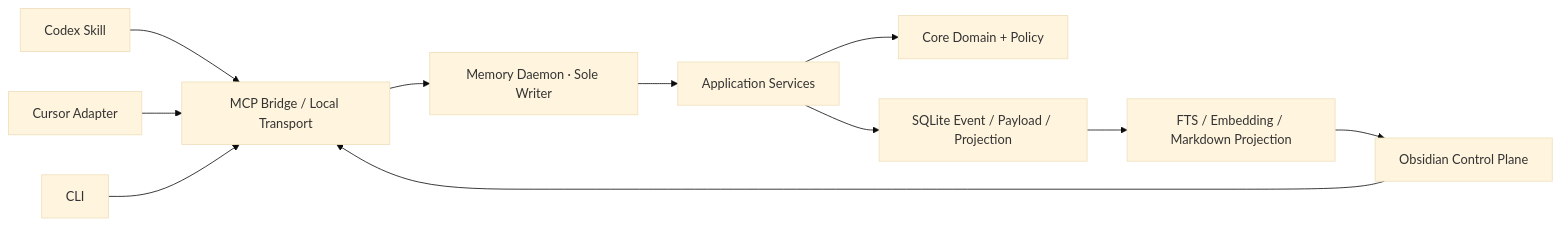
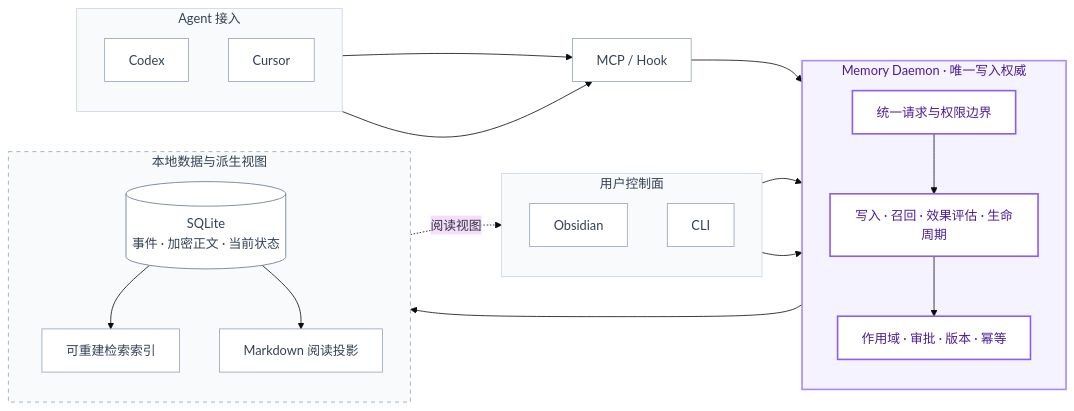
One commit to changsheng1224/agent-projects changed the third of 3 diagrams in memcontrol/README.md. Above: the diagram before and after it, drawn with Mermaid (base theme). The commit also changed other lines of this file, not shown here.

Commit message:
docs: update MemControl showcase and design diagrams

````diff
--- a/memcontrol/README.md
+++ b/memcontrol/README.md
@@ -66,13 +115,53 @@
 ```mermaid
 flowchart LR
-  CODEX["Codex Skill"] --> BRIDGE["MCP Bridge / Local Transport"]
-  CURSOR["Cursor Adapter"] --> BRIDGE
-  OBSIDIAN["Obsidian Control Plane"] --> BRIDGE
-  CLI["CLI"] --> BRIDGE
-  BRIDGE --> DAEMON["Memory Daemon · Sole Writer"]
-  DAEMON --> APP["Application Services"]
-  APP --> CORE["Core Domain + Policy"]
-  APP --> STORE["SQLite Event / Payload / Projection"]
-  STORE --> VIEW["FTS / Embedding / Markdown Projection"]
-  VIEW --> OBSIDIAN
+  subgraph AGENTS["Agent 接入"]
+    direction TB
+    CODEX["Codex"]
+    CURSOR["Cursor"]
+  end
+
+  BRIDGE["MCP / Hook"]
+  CODEX --> BRIDGE
+  CURSOR --> BRIDGE
+
+  subgraph CONTROL["用户控制面"]
+    direction TB
+    OBS["Obsidian"]
+    CLI["CLI"]
+  end
+
+  subgraph DAEMON["Memory Daemon · 唯一写入权威"]
+    direction TB
+    RPC["统一请求与权限边界"]
+    APP["写入 · 召回 · 效果评估 · 生命周期"]
+    POLICY["作用域 · 审批 · 版本 · 幂等"]
+    RPC --> APP
+    APP --> POLICY
+  end
+
+  subgraph DATA["本地数据与派生视图"]
+    direction TB
+    DB[("SQLite<br/>事件 · 加密正文 · 当前状态")]
+    INDEX["可重建检索索引"]
+    VIEW["Markdown 阅读投影"]
+    DB --> INDEX
+    DB --> VIEW
+  end
+
+  BRIDGE --> RPC
+  OBS --> RPC
+  CLI --> RPC
+  APP --> DB
+  VIEW -.->|阅读视图| OBS
+
+  classDef module fill:#FFFFFF,stroke:#94A3B8,color:#334155
+  classDef authority fill:#FFFFFF,stroke:#8B5CF6,stroke-width:2px,color:#4C1D95
+  classDef storage fill:#FFFFFF,stroke:#64748B,color:#334155
+  class CODEX,CURSOR,BRIDGE,OBS,CLI,INDEX,VIEW module
+  class RPC,APP,POLICY authority
+  class DB storage
+  style AGENTS fill:#F8FAFC,stroke:#CBD5E1,color:#334155
+  style CONTROL fill:#F8FAFC,stroke:#CBD5E1,color:#334155
+  style DAEMON fill:#F5F3FF,stroke:#A78BFA,stroke-width:2px,color:#4C1D95
+  style DATA fill:#F8FAFC,stroke:#94A3B8,stroke-dasharray:5 5,color:#334155
 ```
````
